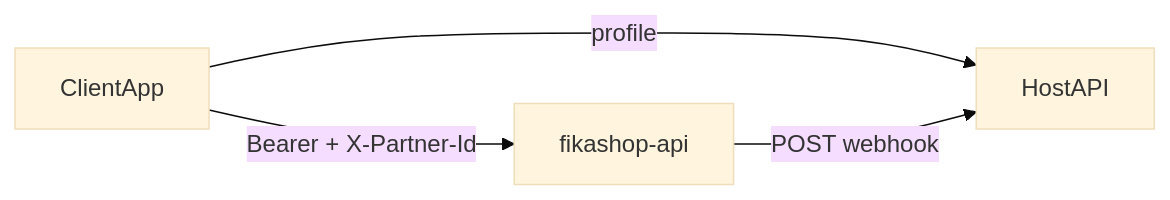
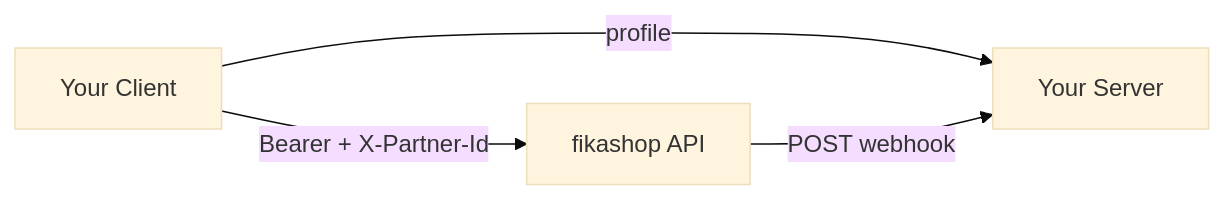
Before and after one commit to pgiki/fikashop-payments-skills: the diagram in contracts/REFERENCE.md, drawn with Mermaid (base theme). The commit also changed other lines of this file and 12 other files, not shown here.

````diff
--- a/contracts/REFERENCE.md
+++ b/contracts/REFERENCE.md
@@ -7,6 +7,6 @@
 ```mermaid
 flowchart LR
-  Client[ClientApp] -->|Bearer + X-Partner-Id| FS[fikashop-api]
-  Client -->|profile| Host[HostAPI]
-  FS -->|POST webhook| Host
+  Client[Your Client] -->|Bearer + X-Partner-Id| API[fikashop API]
+  Client -->|profile| Server[Your Server]
+  API -->|POST webhook| Server
 ```
````
